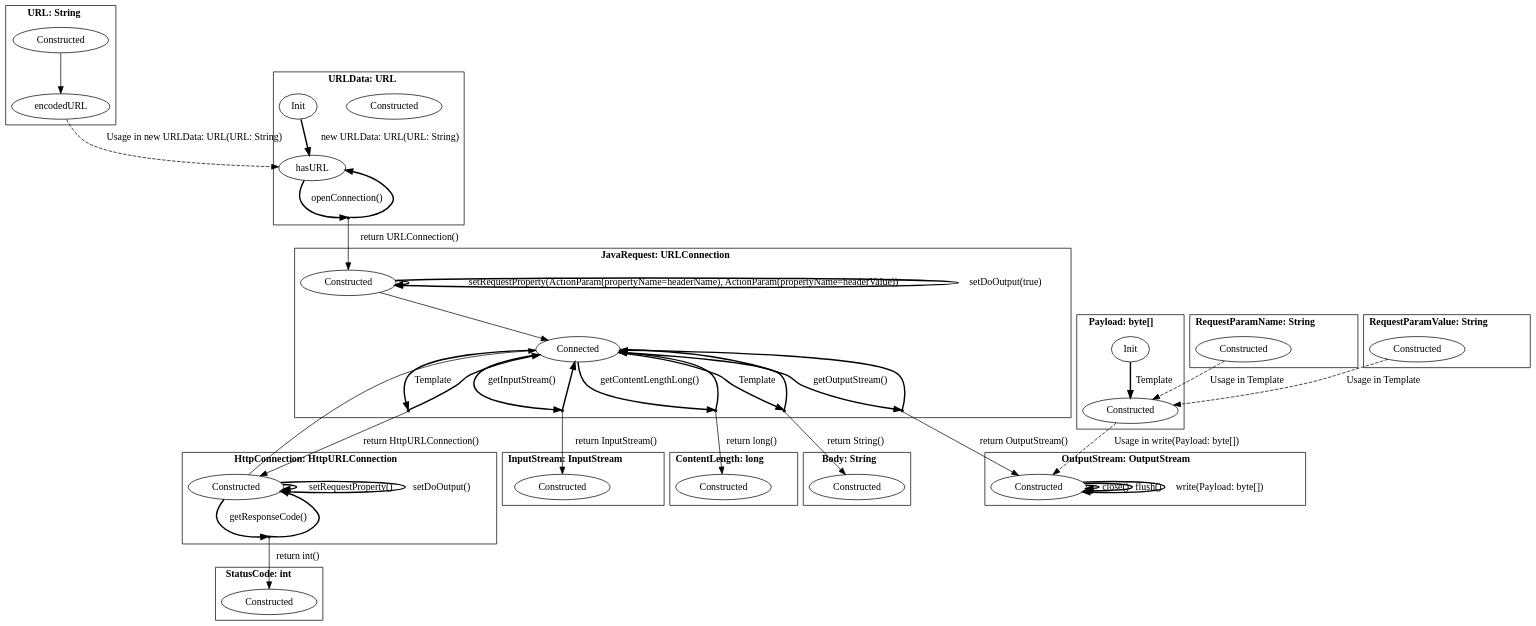
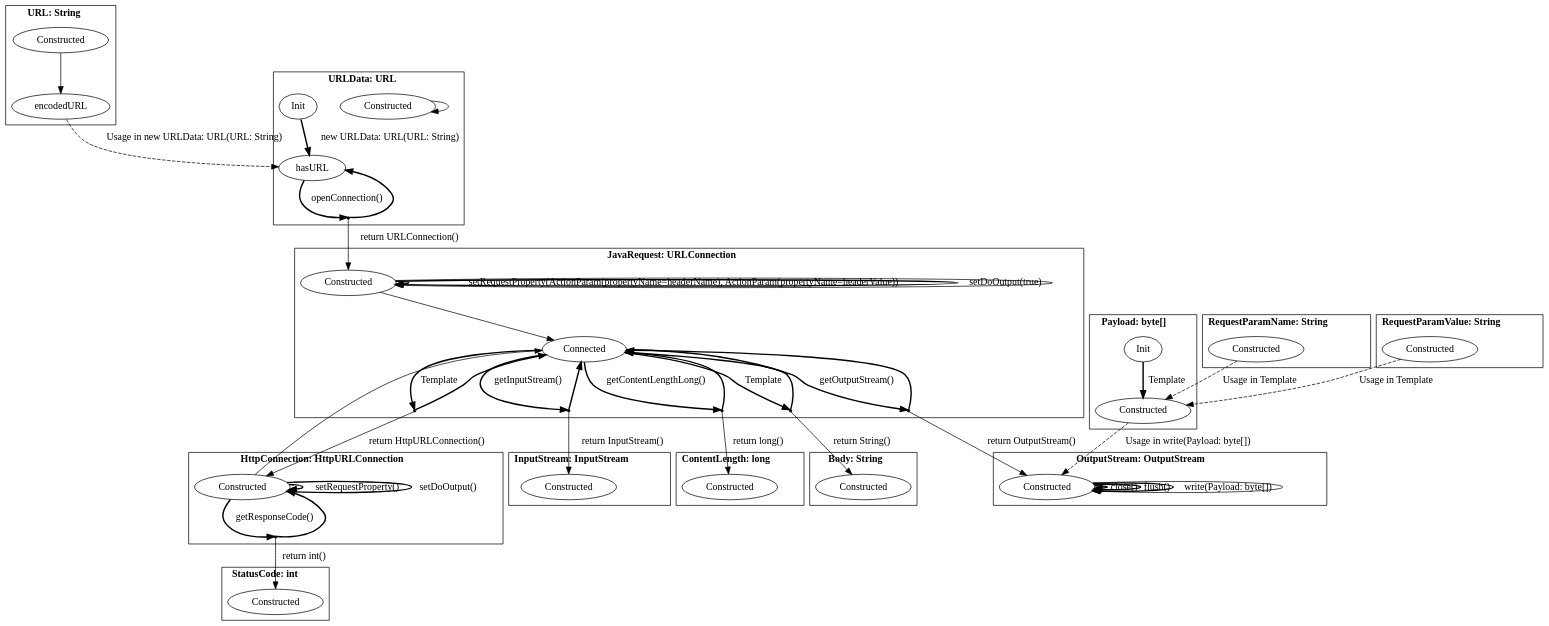
The diagram in pictures/java.dot (h31/LibraryMigration), drawn with Graphviz before and after one commit. The commit also changed 13 other files, not shown here.

```diff
--- a/pictures/java.dot
+++ b/pictures/java.dot
@@ -1,100 +1,103 @@
 digraph G {
     bgcolor="transparent";
     subgraph cluster0 {
     label = <<B>URL: String</B>>;
         Constructed_URL [ label="Constructed" ];
         encodedURL_URL [ label="encodedURL" ];
     }
     subgraph cluster1 {
     label = <<B>URLData: URL</B>>;
         Constructed_URLData [ label="Constructed" ];
         hasURL_URLData [ label="hasURL" ];
         Init_URLData [ label="Init" ];
         virtual0 [ shape = point ];
     }
     subgraph cluster2 {
     label = <<B>JavaRequest: URLConnection</B>>;
         Constructed_JavaRequest [ label="Constructed" ];
         Connected_JavaRequest [ label="Connected" ];
         virtual1 [ shape = point ];
         virtual2 [ shape = point ];
         virtual3 [ shape = point ];
         virtual4 [ shape = point ];
         virtual5 [ shape = point ];
     }
     subgraph cluster3 {
     label = <<B>Body: String</B>>;
         Constructed_Body [ label="Constructed" ];
     }
     subgraph cluster4 {
     label = <<B>InputStream: InputStream</B>>;
         Constructed_InputStream [ label="Constructed" ];
     }
     subgraph cluster5 {
     label = <<B>ContentLength: long</B>>;
         Constructed_ContentLength [ label="Constructed" ];
     }
     subgraph cluster6 {
     label = <<B>StatusCode: int</B>>;
         Constructed_StatusCode [ label="Constructed" ];
     }
     subgraph cluster7 {
     label = <<B>HttpConnection: HttpURLConnection</B>>;
         Constructed_HttpConnection [ label="Constructed" ];
         virtual6 [ shape = point ];
     }
     subgraph cluster8 {
     label = <<B>OutputStream: OutputStream</B>>;
         Constructed_OutputStream [ label="Constructed" ];
     }
     subgraph cluster9 {
     label = <<B>Payload: byte[]</B>>;
         Constructed_Payload [ label="Constructed" ];
         Init_Payload [ label="Init" ];
     }
     subgraph cluster10 {
     label = <<B>RequestParamName: String</B>>;
         Constructed_RequestParamName [ label="Constructed" ];
     }
     subgraph cluster11 {
     label = <<B>RequestParamValue: String</B>>;
         Constructed_RequestParamValue [ label="Constructed" ];
     }
         Constructed_URL -> encodedURL_URL [ label="", style = "solid"  ];
         encodedURL_URL -> hasURL_URLData [ label="Usage in new URLData: URL(URL: String)", style = "dashed"  ];
         Init_URLData -> hasURL_URLData [ label="new URLData: URL(URL: String)", style = "bold"  ];
         hasURL_URLData -> virtual0 [ style = "bold" label="openConnection()"  ];
         virtual0 -> hasURL_URLData [ style = "bold"  ];
         virtual0 -> Constructed_JavaRequest [ label="return URLConnection()"  ];
+        Constructed_URLData -> Constructed_URLData [ label="", style = "solid"  ];
         Constructed_JavaRequest -> Connected_JavaRequest [ label="", style = "solid"  ];
         Connected_JavaRequest -> virtual1 [ style = "bold" label="Template"  ];
         virtual1 -> Connected_JavaRequest [ style = "bold"  ];
         virtual1 -> Constructed_Body [ label="return String()"  ];
         Connected_JavaRequest -> virtual2 [ style = "bold" label="getInputStream()"  ];
         virtual2 -> Connected_JavaRequest [ style = "bold"  ];
         virtual2 -> Constructed_InputStream [ label="return InputStream()"  ];
         Constructed_JavaRequest -> Constructed_JavaRequest [ label="setRequestProperty(ActionParam(propertyName&#x3D;headerName), ActionParam(propertyName&#x3D;headerValue))", style = "bold"  ];
         Constructed_JavaRequest -> Constructed_JavaRequest [ label="setDoOutput(true)", style = "bold"  ];
         Connected_JavaRequest -> virtual3 [ style = "bold" label="getContentLengthLong()"  ];
         virtual3 -> Connected_JavaRequest [ style = "bold"  ];
         virtual3 -> Constructed_ContentLength [ label="return long()"  ];
         Connected_JavaRequest -> virtual4 [ style = "bold" label="getOutputStream()"  ];
         virtual4 -> Connected_JavaRequest [ style = "bold"  ];
         virtual4 -> Constructed_OutputStream [ label="return OutputStream()"  ];
         Connected_JavaRequest -> virtual5 [ style = "bold" label="Template"  ];
         virtual5 -> Connected_JavaRequest [ style = "bold"  ];
         virtual5 -> Constructed_HttpConnection [ label="return HttpURLConnection()"  ];
+        Constructed_JavaRequest -> Constructed_JavaRequest [ label="", style = "solid"  ];
         Constructed_HttpConnection -> Connected_JavaRequest [ label="", style = "solid"  ];
         Constructed_HttpConnection -> virtual6 [ style = "bold" label="getResponseCode()"  ];
         virtual6 -> Constructed_HttpConnection [ style = "bold"  ];
         virtual6 -> Constructed_StatusCode [ label="return int()"  ];
         Constructed_HttpConnection -> Constructed_HttpConnection [ label="setRequestProperty()", style = "bold"  ];
         Constructed_HttpConnection -> Constructed_HttpConnection [ label="setDoOutput()", style = "bold"  ];
         Constructed_OutputStream -> Constructed_OutputStream [ label="close()", style = "bold"  ];
         Constructed_OutputStream -> Constructed_OutputStream [ label="flush()", style = "bold"  ];
         Constructed_OutputStream -> Constructed_OutputStream [ label="write(Payload: byte[])", style = "bold"  ];
+        Constructed_OutputStream -> Constructed_OutputStream [ label="", style = "solid"  ];
         Init_Payload -> Constructed_Payload [ label="Template", style = "bold"  ];
         Constructed_Payload -> Constructed_OutputStream [ label="Usage in write(Payload: byte[])", style = "dashed"  ];
         Constructed_RequestParamName -> Constructed_Payload [ label="Usage in Template", style = "dashed"  ];
         Constructed_RequestParamValue -> Constructed_Payload [ label="Usage in Template", style = "dashed"  ];
 }
```
